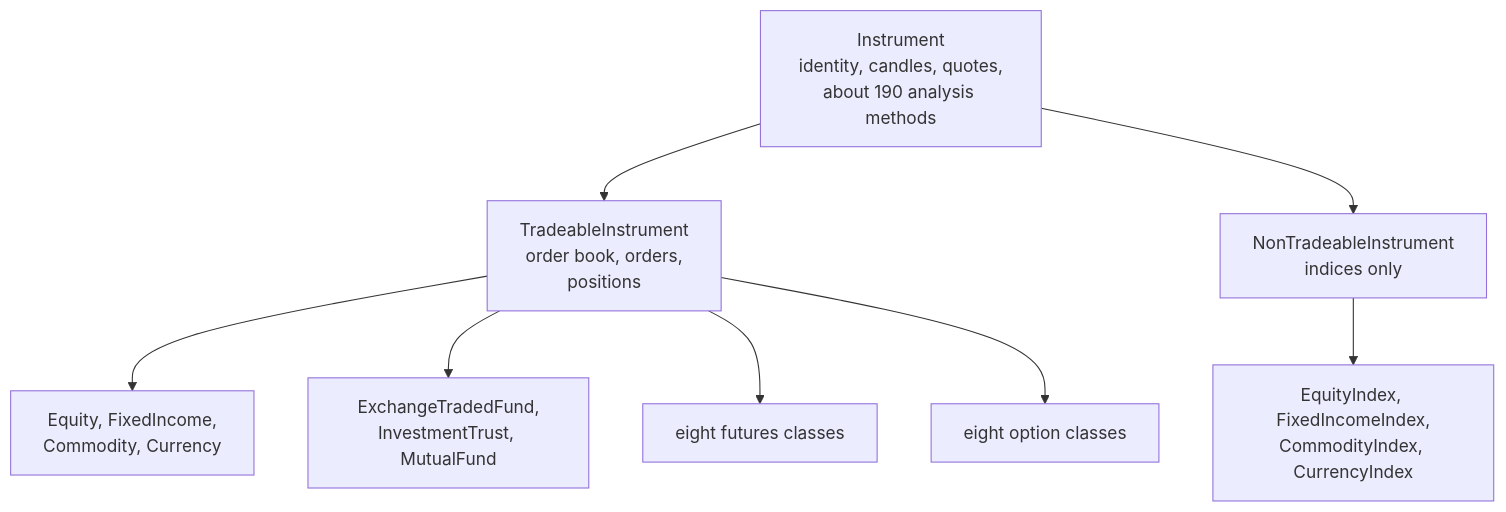
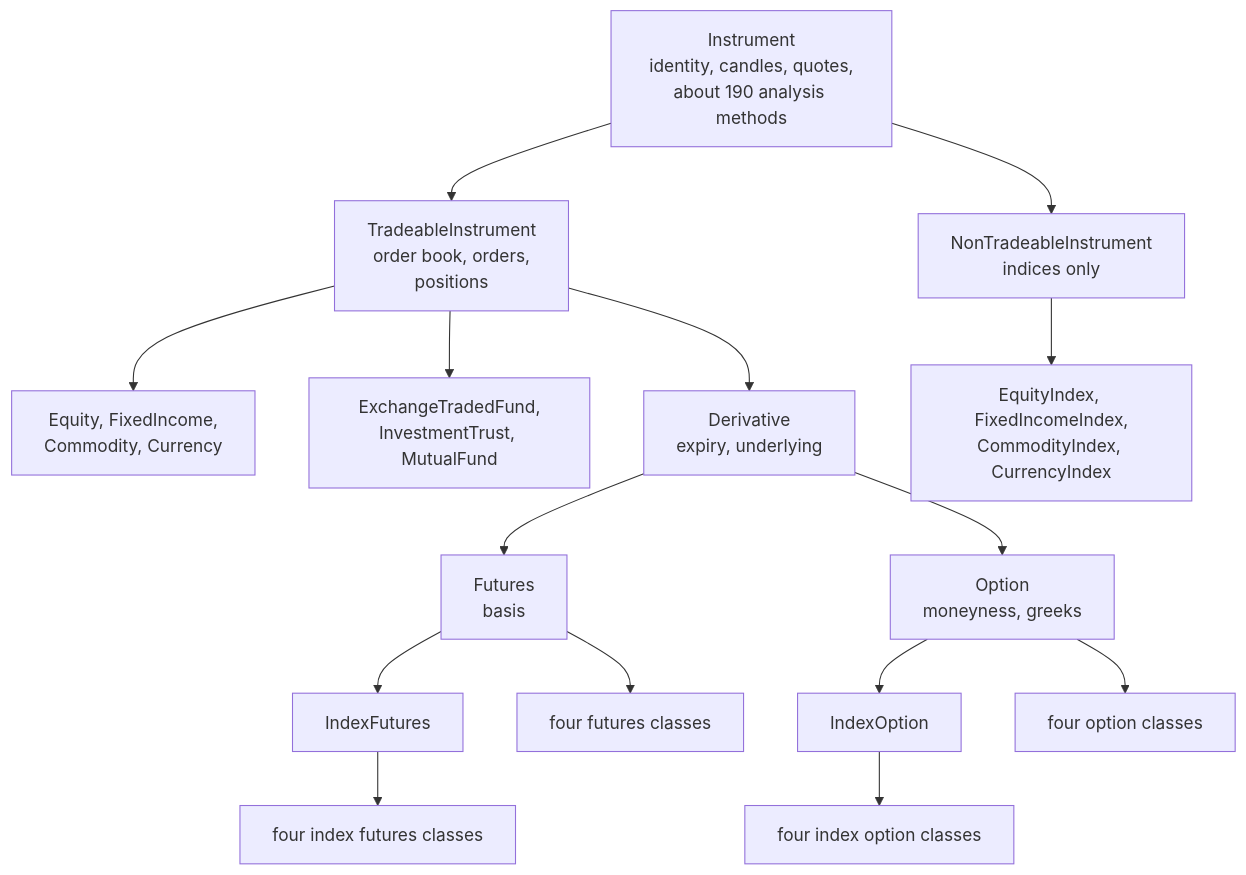
Before and after one commit to pramodathani/tradingmachine: the first of 2 diagrams in docs/python-api/instruments.md, drawn with Mermaid. The commit also changed other lines of this file and 16 other files, not shown here.

First line of the commit message:
Document the derivative base classes on the site

````diff
--- a/docs/python-api/instruments.md
+++ b/docs/python-api/instruments.md
@@ -24,13 +25,20 @@
 ```mermaid
 flowchart TB
     I["Instrument<br/>identity, candles, quotes,<br/>about 190 analysis methods"]
     T["TradeableInstrument<br/>order book, orders,<br/>positions"]
     N["NonTradeableInstrument<br/>indices only"]
     I --> T
     I --> N
     T --> C1["Equity, FixedIncome,<br/>Commodity, Currency"]
     T --> C2["ExchangeTradedFund,<br/>InvestmentTrust, MutualFund"]
-    T --> F["eight futures classes"]
-    T --> O["eight option classes"]
+    T --> D["Derivative<br/>expiry, underlying"]
+    D --> FB["Futures<br/>basis"]
+    D --> OB["Option<br/>moneyness, greeks"]
+    FB --> IF["IndexFutures"]
+    OB --> IO["IndexOption"]
+    FB --> F["four futures classes"]
+    IF --> F2["four index futures classes"]
+    OB --> O["four option classes"]
+    IO --> O2["four index option classes"]
     N --> X["EquityIndex, FixedIncomeIndex,<br/>CommodityIndex, CurrencyIndex"]
 ```
````
